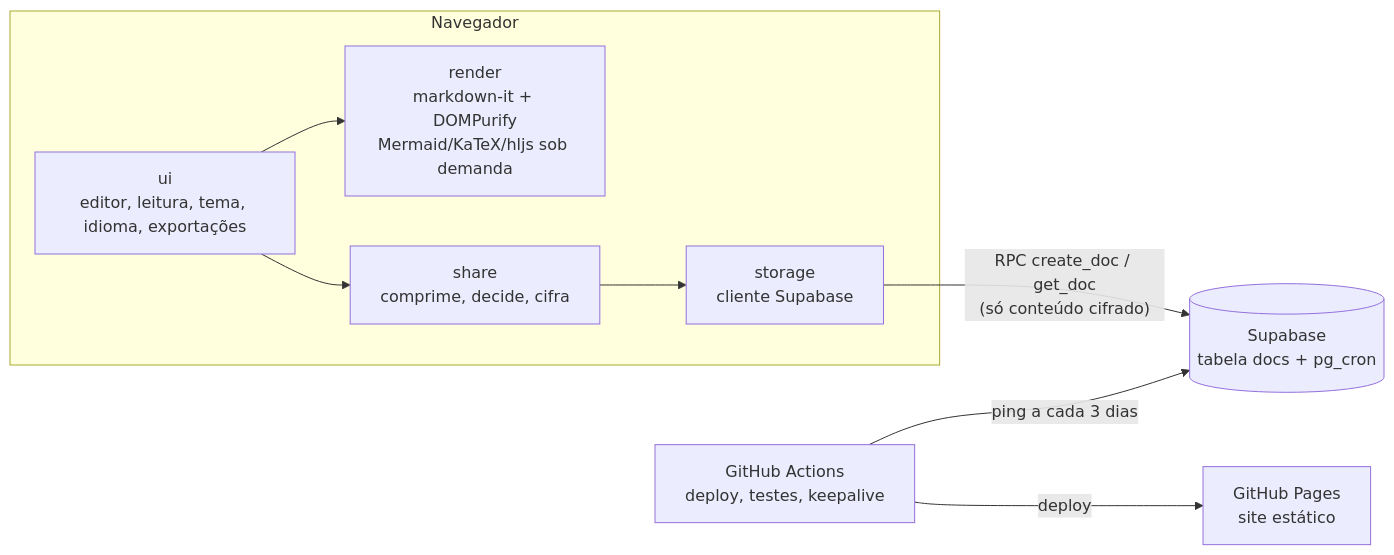
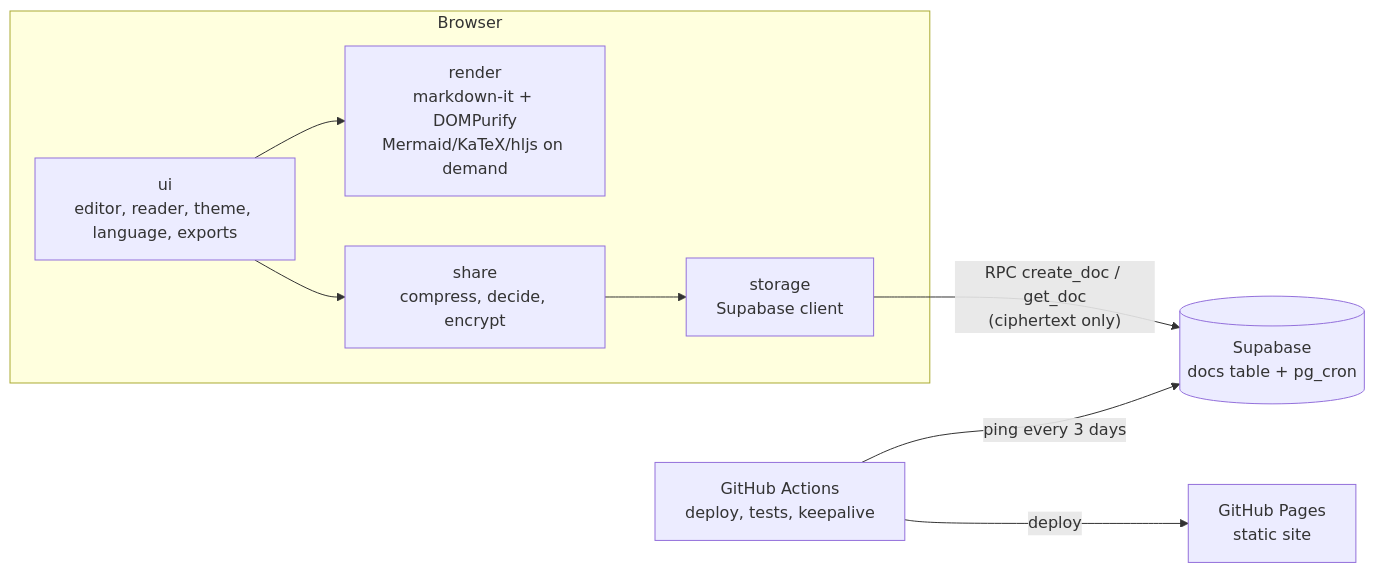
One commit to TrainedLoop/sealdown changed the diagram in docs/superpowers/specs/2026-10-14-rendermd-design.md. Above: the diagram before and after it, drawn with Mermaid. The commit also changed other lines of this file, not shown here.

````diff
--- a/docs/superpowers/specs/2026-10-14-rendermd-design.md
+++ b/docs/superpowers/specs/2026-10-14-rendermd-design.md
@@ -65,15 +65,15 @@
 ```mermaid
 flowchart LR
-  subgraph Browser["Navegador"]
-    UI["ui<br/>editor, leitura, tema, idioma, exportações"]
-    R["render<br/>markdown-it + DOMPurify<br/>Mermaid/KaTeX/hljs sob demanda"]
-    S["share<br/>comprime, decide, cifra"]
-    ST["storage<br/>cliente Supabase"]
+  subgraph Browser
+    UI["ui<br/>editor, reader, theme, language, exports"]
+    R["render<br/>markdown-it + DOMPurify<br/>Mermaid/KaTeX/hljs on demand"]
+    S["share<br/>compress, decide, encrypt"]
+    ST["storage<br/>Supabase client"]
     UI --> R
     UI --> S
     S --> ST
   end
-  ST -- "RPC create_doc / get_doc<br/>(só conteúdo cifrado)" --> DB[("Supabase<br/>tabela docs + pg_cron")]
-  GH["GitHub Actions<br/>deploy, testes, keepalive"] -- ping a cada 3 dias --> DB
-  GH -- deploy --> Pages["GitHub Pages<br/>site estático"]
+  ST -- "RPC create_doc / get_doc<br/>(ciphertext only)" --> DB[("Supabase<br/>docs table + pg_cron")]
+  GH["GitHub Actions<br/>deploy, tests, keepalive"] -- ping every 3 days --> DB
+  GH -- deploy --> Pages["GitHub Pages<br/>static site"]
 ```
````
